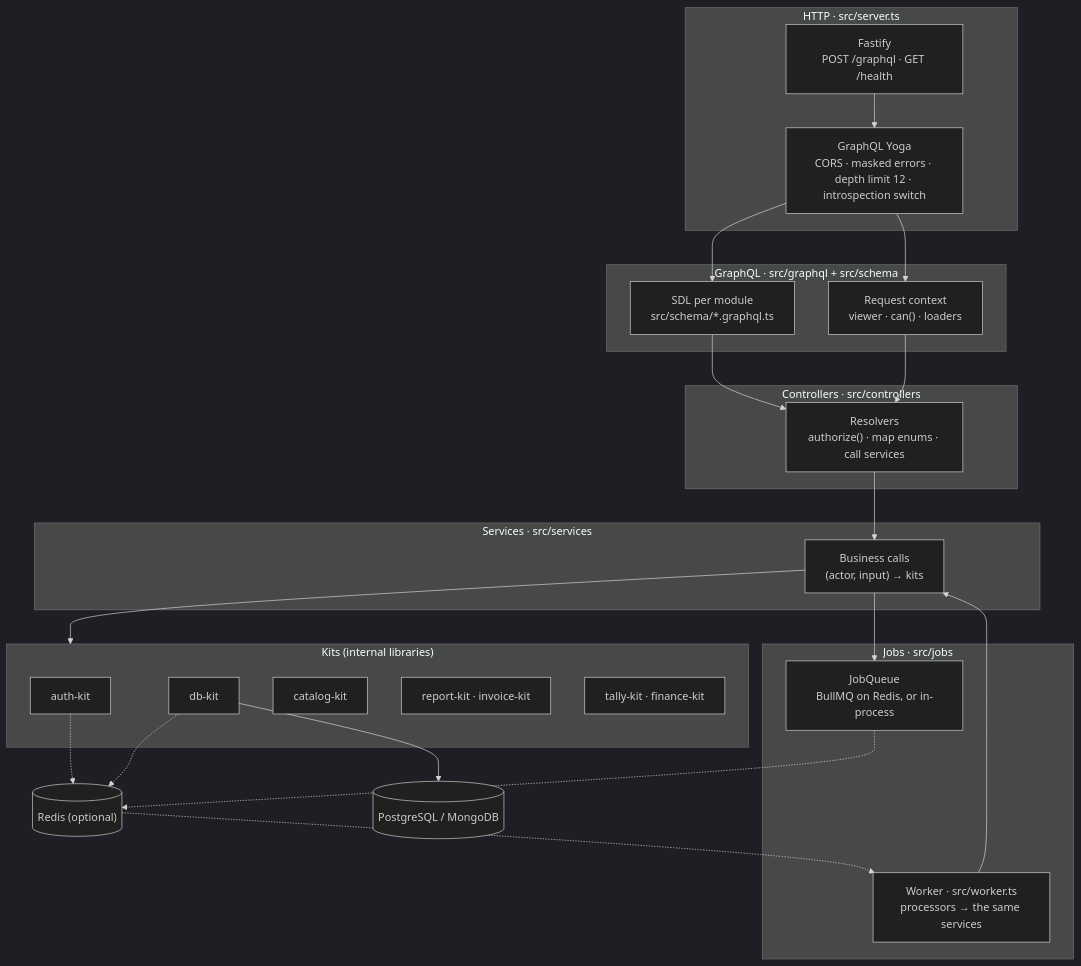
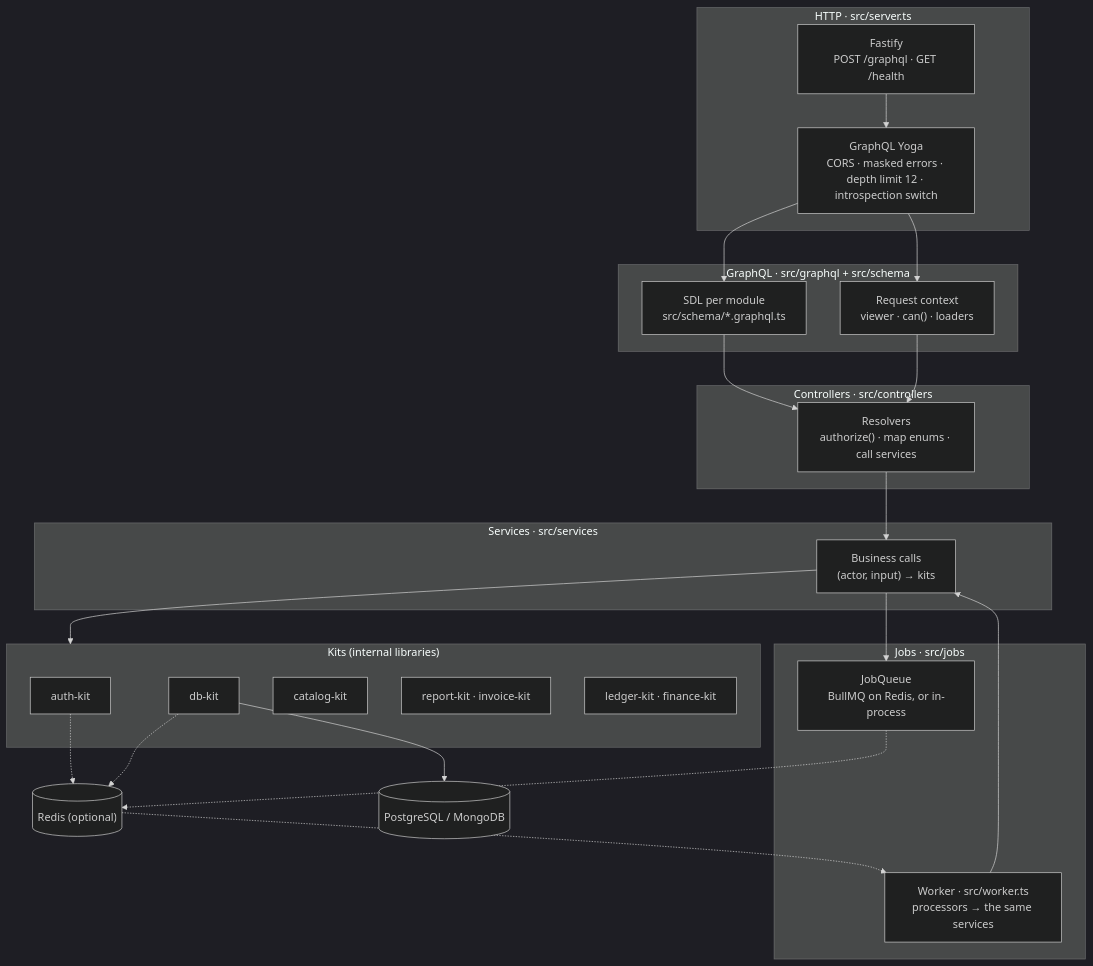
Before and after one commit to mgpl-diagnostics/api: the first of 4 diagrams in docs/02-architecture.md, drawn with Mermaid (dark theme). The commit also changed other lines of this file and 23 other files, not shown here.

First line of the commit message:
feat: kits from GitHub Packages; ledger-kit; db-kit 2.0.0 (#7)

````diff
--- a/docs/02-architecture.md
+++ b/docs/02-architecture.md
@@ -8,40 +8,40 @@
 ```mermaid
 flowchart TB
   subgraph HTTP["HTTP · src/server.ts"]
     F["Fastify<br/>POST /graphql · GET /health"]
     Y["GraphQL Yoga<br/>CORS · masked errors · depth limit 12 · introspection switch"]
   end
   subgraph GQL["GraphQL · src/graphql + src/schema"]
     SDL["SDL per module<br/>src/schema/*.graphql.ts"]
     CTX["Request context<br/>viewer · can() · loaders"]
   end
   subgraph CTRL["Controllers · src/controllers"]
     C["Resolvers<br/>authorize() · map enums · call services"]
   end
   subgraph SRV["Services · src/services"]
     S["Business calls<br/>(actor, input) → kits"]
   end
   subgraph KITS["Kits (internal libraries)"]
     K1["auth-kit"]
     K2["db-kit"]
     K3["catalog-kit"]
     K4["report-kit · invoice-kit"]
-    K5["tally-kit · finance-kit"]
+    K5["ledger-kit · finance-kit"]
   end
   DB[("PostgreSQL / MongoDB")]
   RD[("Redis (optional)")]
   subgraph JOBS["Jobs · src/jobs"]
     Q["JobQueue<br/>BullMQ on Redis, or in-process"]
     W["Worker · src/worker.ts<br/>processors → the same services"]
   end
   F --> Y --> SDL --> C
   Y --> CTX --> C
   C --> S --> KITS
   S --> Q
   Q -.-> RD
   RD -.-> W
   W --> S
   K2 --> DB
   K1 -.-> RD
   K2 -.-> RD
 ```
````
